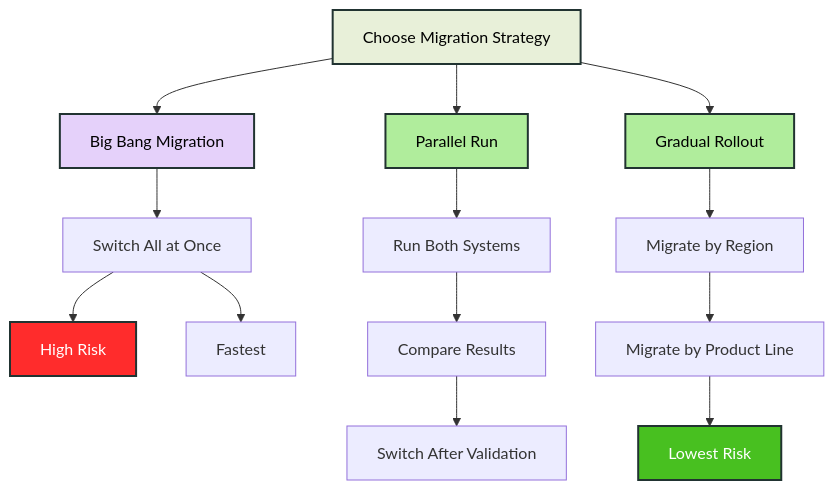
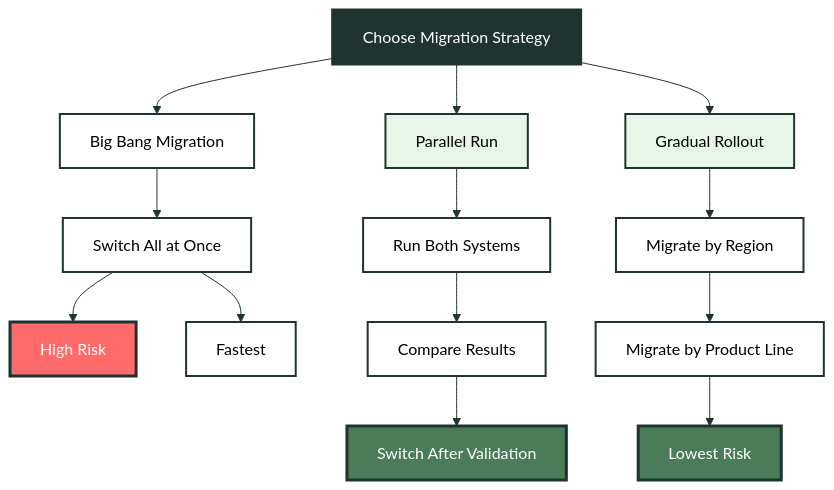
Before and after one commit to kintsugi-tax/docs-v2: the second of 2 diagrams in docs/guides/migrating-from-avalara-taxjar.mdx, drawn with Mermaid. The commit also changed other lines of this file and 6 other files, not shown here.

Commit message:
fix mermaid diagram appearance in dark mode

````diff
--- a/docs/guides/migrating-from-avalara-taxjar.mdx
+++ b/docs/guides/migrating-from-avalara-taxjar.mdx
@@ -125,25 +143,33 @@
 ```mermaid
+%%{init: {'theme':'base', 'themeVariables': {'primaryColor':'#FFFFFF','primaryTextColor':'#213331','primaryBorderColor':'#213331','lineColor':'#213331','secondaryColor':'#FFFFFF','tertiaryColor':'#213331','edgeLabelBackground':'transparent','edgeStrokeWidth':'2px','edgeStroke':'#213331','arrowheadColor':'#213331','clusterBkg':'transparent','clusterBorder':'#213331','defaultLinkColor':'#213331'}}}%%
 flowchart TD
     A[Choose Migration Strategy] --> B[Big Bang Migration]
     A --> C[Parallel Run]
     A --> D[Gradual Rollout]
     
     B --> E[Switch All at Once]
     E --> F[High Risk]
     E --> G[Fastest]
     
     C --> H[Run Both Systems]
     H --> I[Compare Results]
     I --> J[Switch After Validation]
     
     D --> K[Migrate by Region]
     K --> L[Migrate by Product Line]
     L --> M[Lowest Risk]
     
-    style A fill:#E8F0D9,stroke:#213331,stroke-width:2px,color:#000000
-    style B fill:#E5D1FA,stroke:#213331,stroke-width:2px,color:#000000
-    style C fill:#B0ED9C,stroke:#213331,stroke-width:2px,color:#000000
-    style D fill:#B0ED9C,stroke:#213331,stroke-width:2px,color:#000000
-    style F fill:#ff2c2c,stroke:#213331,stroke-width:2px,color:#FFFFFF
-    style M fill:#48c020,stroke:#213331,stroke-width:2px,color:#FFFFFF
+    style A fill:#213331,stroke:#213331,stroke-width:3px,color:#FFFFFF
+    style B fill:#FFFFFF,stroke:#213331,stroke-width:2px,color:#000000
+    style C fill:#e8f5e9,stroke:#213331,stroke-width:2px,color:#000000
+    style D fill:#e8f5e9,stroke:#213331,stroke-width:2px,color:#000000
+    style E fill:#FFFFFF,stroke:#213331,stroke-width:2px,color:#000000
+    style F fill:#ff6b6b,stroke:#213331,stroke-width:3px,color:#FFFFFF
+    style G fill:#FFFFFF,stroke:#213331,stroke-width:2px,color:#000000
+    style H fill:#FFFFFF,stroke:#213331,stroke-width:2px,color:#000000
+    style I fill:#FFFFFF,stroke:#213331,stroke-width:2px,color:#000000
+    style J fill:#4a7c59,stroke:#213331,stroke-width:3px,color:#FFFFFF
+    style K fill:#FFFFFF,stroke:#213331,stroke-width:2px,color:#000000
+    style L fill:#FFFFFF,stroke:#213331,stroke-width:2px,color:#000000
+    style M fill:#4a7c59,stroke:#213331,stroke-width:3px,color:#FFFFFF
 ```
````
